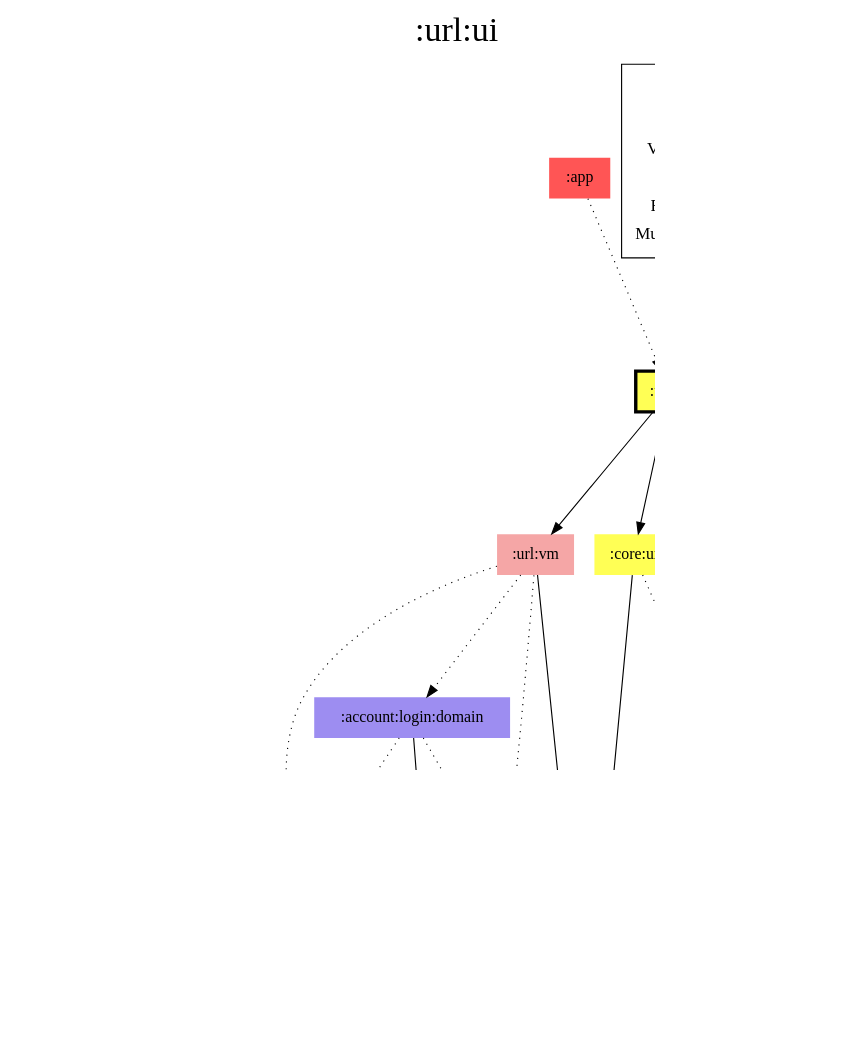
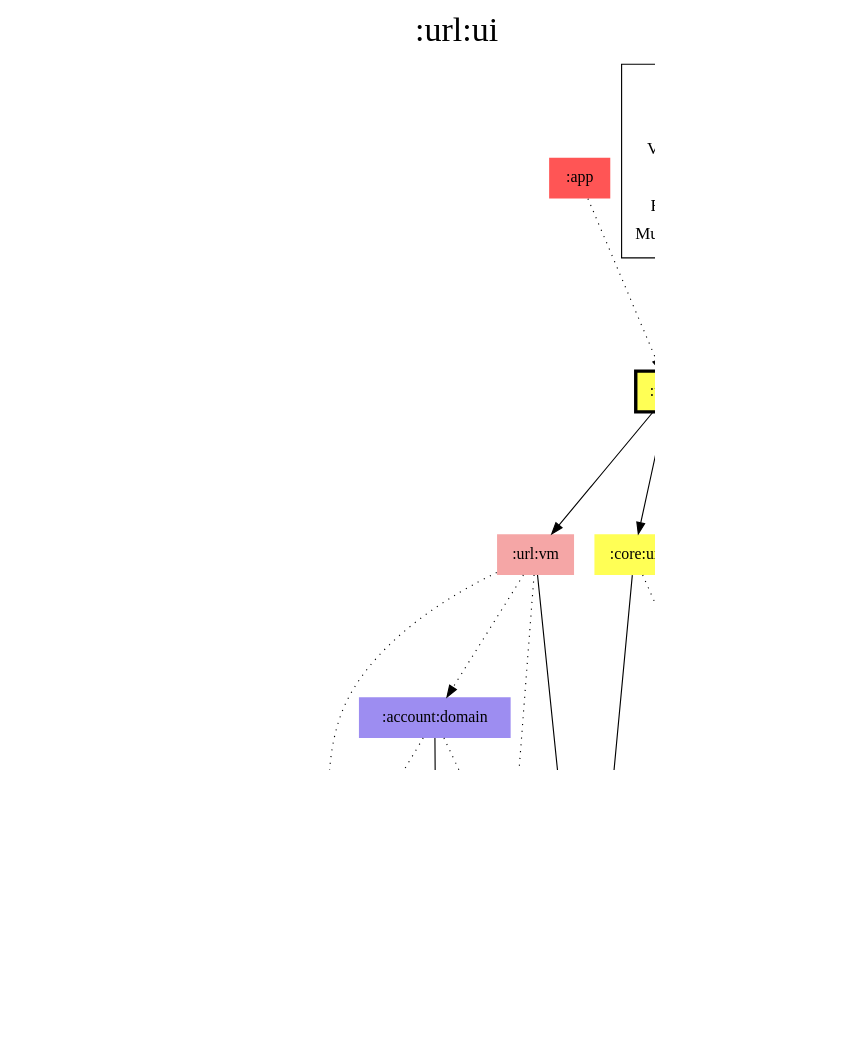
One commit to jonapoul/aktual changed the diagram in modules/url/ui/modules.dot. Above: the diagram before and after it, drawn with Graphviz. The commit also changed 127 other files, not shown here.

Commit message:
Merge account:login and account:password

```diff
--- a/modules/url/ui/modules.dot
+++ b/modules/url/ui/modules.dot
@@ -1,56 +1,56 @@
 digraph {
 edge ["dir"="forward"]
 graph ["dpi"="100","label"=":url:ui","labelloc"="t","fontsize"="30","ranksep"="1.5","rankdir"="TB"]
 node ["style"="filled"]
-":account:login:domain" ["fillcolor"="#9D8DF1","shape"="none"]
+":account:domain" ["fillcolor"="#9D8DF1","shape"="none"]
 ":account:model" ["fillcolor"="#9D8DF1","shape"="none"]
 ":api:actual" ["fillcolor"="#9D8DF1","shape"="none"]
 ":app" ["fillcolor"="#FF5555","shape"="none"]
 ":budget:model" ["fillcolor"="#9D8DF1","shape"="none"]
 ":codegen:annotation" ["fillcolor"="#9D8DF1","shape"="none"]
 ":core:model" ["fillcolor"="#9D8DF1","shape"="none"]
 ":core:res" ["fillcolor"="#00FFFF","shape"="none"]
 ":core:ui" ["fillcolor"="#FFFF55","shape"="none"]
 ":prefs" ["fillcolor"="#9D8DF1","shape"="none"]
 ":url:res" ["fillcolor"="#00FFFF","shape"="none"]
 ":url:ui" ["fillcolor"="#FFFF55","color"="black","penwidth"="3","shape"="box"]
 ":url:vm" ["fillcolor"="#F5A6A6","shape"="none"]
 {
 edge ["dir"="none"]
 graph ["rank"="same"]
 ":url:ui"
 }
-":account:login:domain" -> ":account:model"
-":account:login:domain" -> ":api:actual" ["style"="dotted"]
-":account:login:domain" -> ":prefs" ["style"="dotted"]
+":account:domain" -> ":account:model"
+":account:domain" -> ":api:actual" ["style"="dotted"]
+":account:domain" -> ":prefs" ["style"="dotted"]
 ":api:actual" -> ":account:model"
 ":api:actual" -> ":budget:model"
 ":api:actual" -> ":codegen:annotation" ["style"="dotted"]
 ":api:actual" -> ":core:model"
 ":app" -> ":url:ui" ["style"="dotted"]
 ":core:ui" -> ":core:model"
 ":core:ui" -> ":core:res" ["style"="dotted"]
 ":prefs" -> ":account:model"
 ":prefs" -> ":core:model"
 ":url:ui" -> ":core:res" ["style"="dotted"]
 ":url:ui" -> ":core:ui"
 ":url:ui" -> ":url:res" ["style"="dotted"]
 ":url:ui" -> ":url:vm"
-":url:vm" -> ":account:login:domain" ["style"="dotted"]
+":url:vm" -> ":account:domain" ["style"="dotted"]
 ":url:vm" -> ":api:actual" ["style"="dotted"]
 ":url:vm" -> ":core:model"
 ":url:vm" -> ":prefs" ["style"="dotted"]
 subgraph "cluster_legend" {
 edge ["dir"="none"]
 graph ["label"="Legend","fontsize"="20"]
 "Legend" ["style"="filled","fillcolor"="#FFFFFF","shape"="none","margin"="0","fontsize"="15","label"=<
 <TABLE BORDER="0" CELLBORDER="0" CELLSPACING="0" CELLPADDING="4">
 <TR><TD>App</TD><TD BGCOLOR="#FF5555">module-name</TD></TR>
 <TR><TD>ViewModel</TD><TD BGCOLOR="#F5A6A6">module-name</TD></TR>
 <TR><TD>Compose</TD><TD BGCOLOR="#FFFF55">module-name</TD></TR>
 <TR><TD>Resources</TD><TD BGCOLOR="#00FFFF">module-name</TD></TR>
 <TR><TD>Multiplatform</TD><TD BGCOLOR="#9D8DF1">module-name</TD></TR>
 </TABLE>
 >]
 } -> ":url:ui" ["style"="invis"]
 }
```
